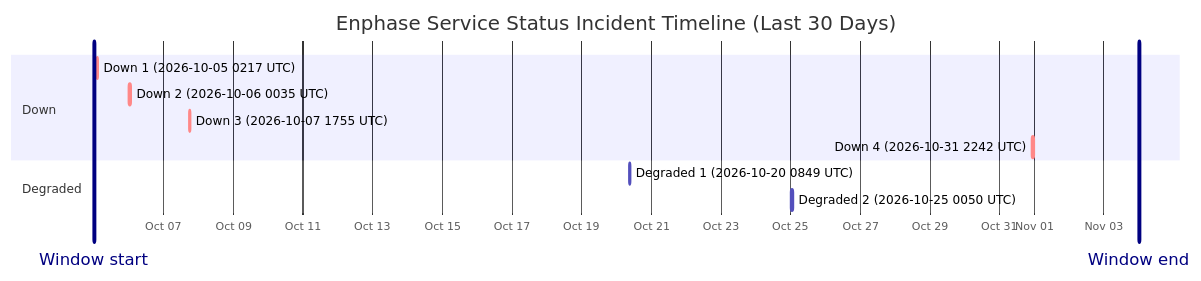
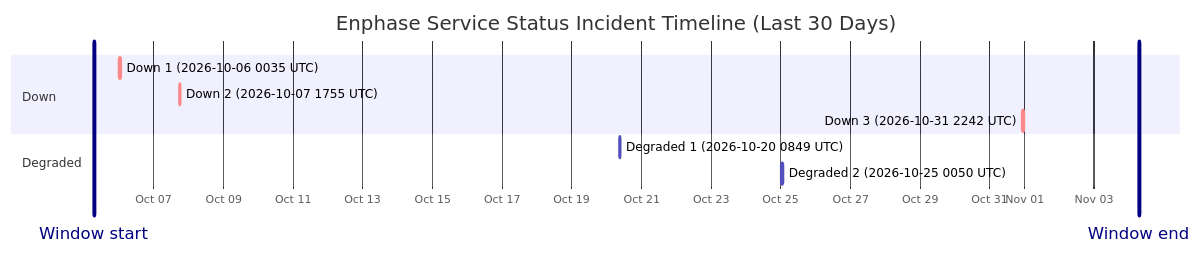
Before and after one commit to barneyonline/ha-enphase-energy: the diagram in wiki/Service-Status-History.md, drawn with Mermaid. The commit also changed other lines of this file and 3 other files, not shown here.

````diff
--- a/wiki/Service-Status-History.md
+++ b/wiki/Service-Status-History.md
@@ -14,16 +14,15 @@
 ```mermaid
 gantt
     title Enphase Service Status Incident Timeline (Last 30 Days)
     dateFormat  YYYY-MM-DDTHH:mm:ss
     axisFormat  %b %d
-    Window start :vert, window-start, 2026-10-05T00:03:57, 0ms
-    Window end :vert, window-end, 2026-11-04T00:03:57, 0ms
+    Window start :vert, window-start, 2026-10-05T06:50:26, 0ms
+    Window end :vert, window-end, 2026-11-04T06:50:26, 0ms
     section Down
-    Down 1 (2026-10-05 0217 UTC) :crit, down-1, 2026-10-05T02:17:30, 60m
-    Down 2 (2026-10-06 0035 UTC) :crit, down-2, 2026-10-06T00:35:21, 60m
-    Down 3 (2026-10-07 1755 UTC) :crit, down-3, 2026-10-07T17:55:16, 60m
-    Down 4 (2026-10-31 2242 UTC) :crit, down-4, 2026-10-31T22:42:18, 60m
+    Down 1 (2026-10-06 0035 UTC) :crit, down-1, 2026-10-06T00:35:21, 60m
+    Down 2 (2026-10-07 1755 UTC) :crit, down-2, 2026-10-07T17:55:16, 60m
+    Down 3 (2026-10-31 2242 UTC) :crit, down-3, 2026-10-31T22:42:18, 60m
     section Degraded
     Degraded 1 (2026-10-20 0849 UTC) :active, degraded-1, 2026-10-20T08:49:49, 60m
     Degraded 2 (2026-10-25 0050 UTC) :active, degraded-2, 2026-10-25T00:50:01, 60m
 ```
````
